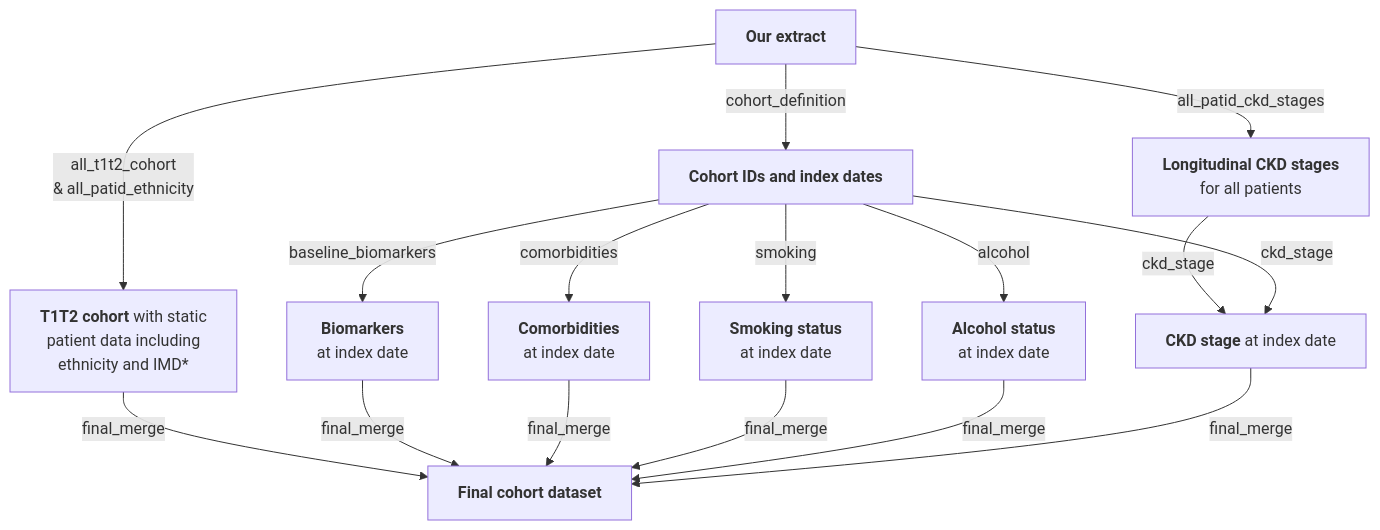
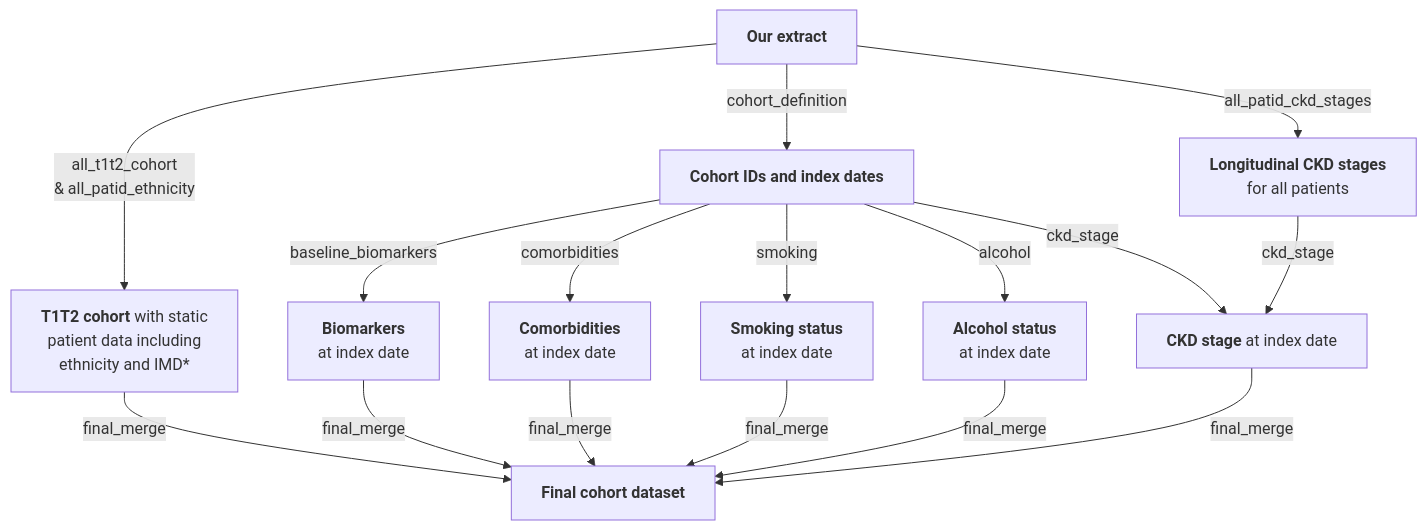
Before and after one commit to Exeter-Diabetes/CPRD-Cohort-scripts: the second of 2 diagrams in README.md, drawn with Mermaid.

````diff
--- a/README.md
+++ b/README.md
@@ -46,19 +46,19 @@
 ```mermaid
 graph TD;
     A["<b>Our extract</b>"] --> |"all_t1t2_cohort <br> & all_patid_ethnicity"|B["<b>T1T2 cohort</b> with static <br> patient data including <br> ethnicity and IMD*"]
     A-->|"all_patid_ckd_stages"|C["<b>Longitudinal CKD stages</b> <br> for all patients"]
     A-->|"cohort_definition"|D
     D["<b>Cohort IDs and index dates</b>"]
     D-->|"baseline_biomarkers"|E["<b>Biomarkers</b> <br> at index date"]
     D-->|"comorbidities"|F["<b>Comorbidities</b> <br> at index date"]
     D-->|"smoking"|G["<b>Smoking status</b> <br> at index date"]
     D-->|"alcohol"|H["<b>Alcohol status</b> <br> at index date"]
-    C-->|"ckd_stage"|I["<b>CKD stage</b <br> at index date"]
-    D-->|"ckd_stage"|I
+    D-->|"ckd_stage"|I["<b>CKD stage</b <br> at index date"]
+    C-->|"ckd_stage"|I
     B-->|"final_merge"|J["<b>Final cohort dataset</b>"]
     E-->|"final_merge"|J
     F-->|"final_merge"|J
     G-->|"final_merge"|J
     H-->|"final_merge"|J
     I-->|"final_merge"|J
 ```
````
